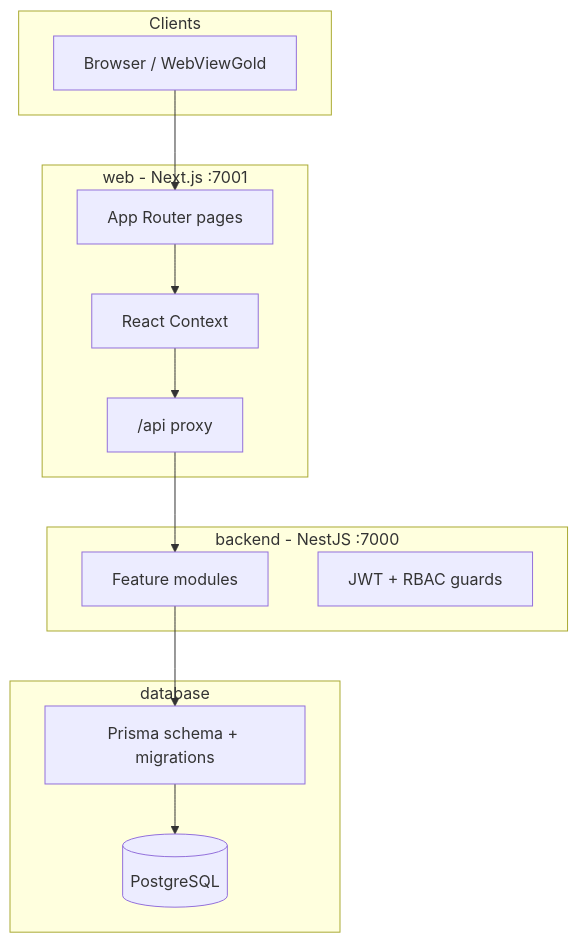
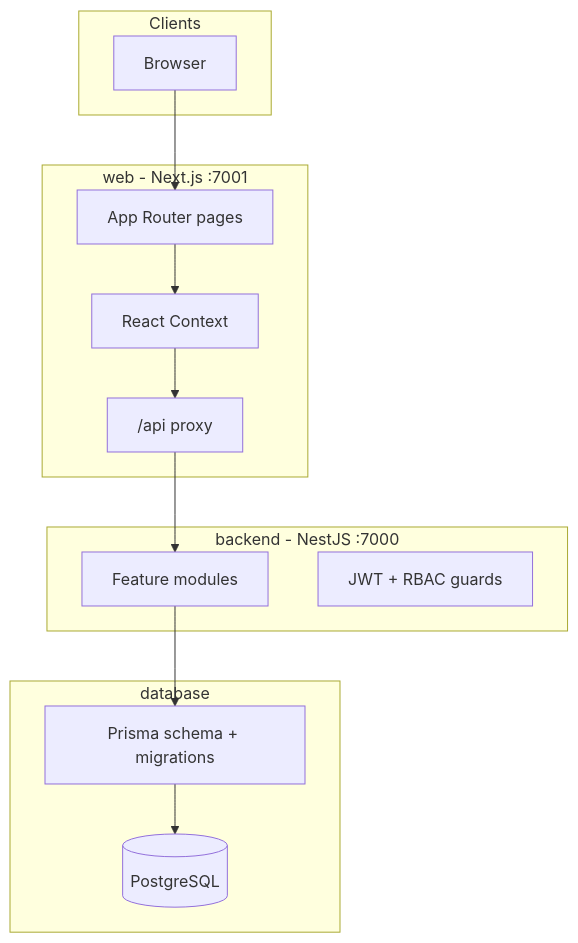
Before and after one commit to wastwagon/thinqshopapp: the first of 2 diagrams in docs/PROJECT_UNDERSTANDING.md, drawn with Mermaid. The commit also changed other lines of this file and 10 other files, not shown here.

Commit message:
Stop the storefront from talking to WebViewGold; keep the native folders as local reference only.

````diff
--- a/docs/PROJECT_UNDERSTANDING.md
+++ b/docs/PROJECT_UNDERSTANDING.md
@@ -15,25 +15,25 @@
 ```mermaid
 flowchart TB
   subgraph clients [Clients]
-    Browser[Browser / WebViewGold]
+    Browser[Browser]
   end
   subgraph webLayer [web - Next.js :7001]
     Pages[App Router pages]
     Context[React Context]
     Proxy["/api proxy"]
   end
   subgraph apiLayer [backend - NestJS :7000]
     Modules[Feature modules]
     Guards[JWT + RBAC guards]
   end
   subgraph dataLayer [database]
     Prisma[Prisma schema + migrations]
     PG[(PostgreSQL)]
   end
   Browser --> Pages
   Pages --> Context
   Context --> Proxy
   Proxy --> Modules
   Modules --> Prisma
   Prisma --> PG
 ```
````
